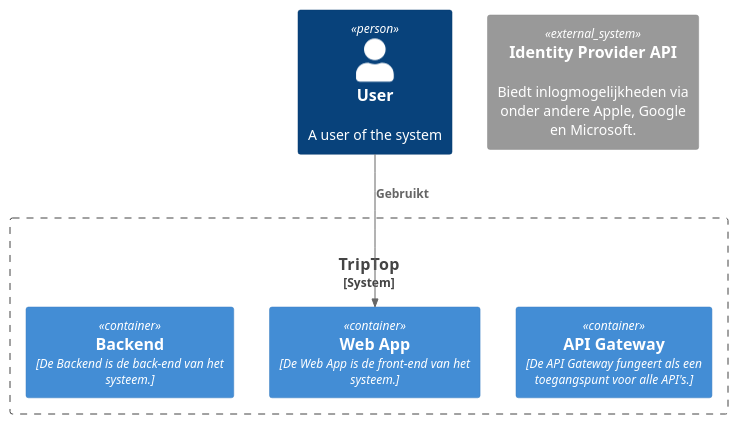
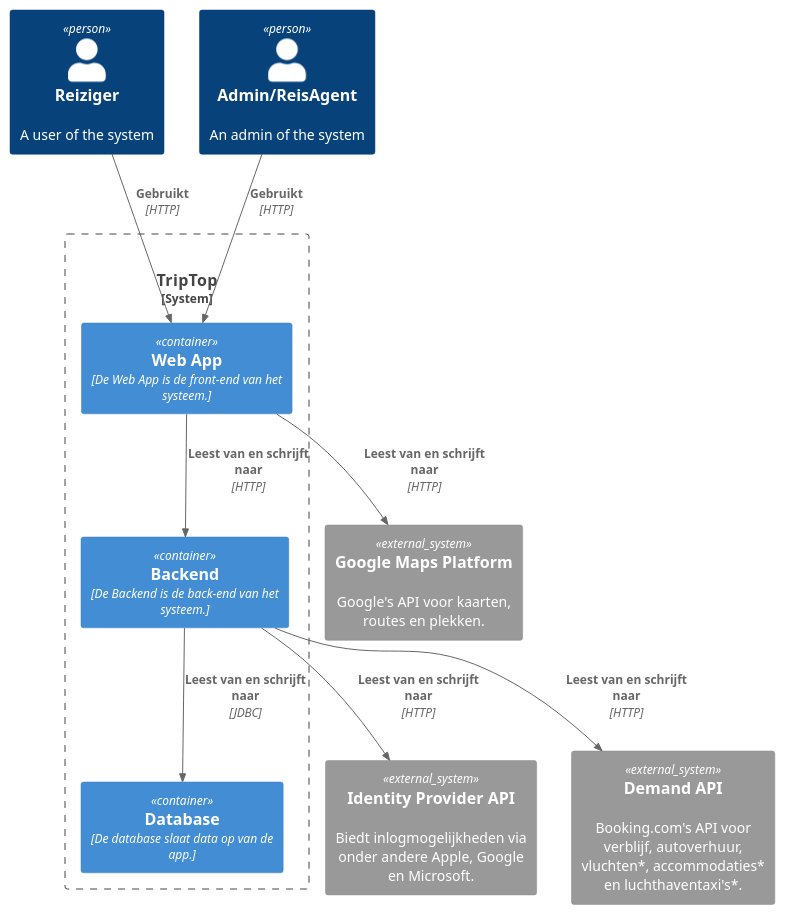
Before and after one commit to AIM-ENE-feb25/triptop-groep-b2: the diagram in ContainterDiagramTripTop.puml, drawn with PlantUML.

Commit message:
TripTopContainterDiagram

```diff
--- a/ContainterDiagramTripTop.puml
+++ b/ContainterDiagramTripTop.puml
@@ -1,27 +1,36 @@
 @startuml C4_Elements
 !include https://raw.githubusercontent.com/plantuml-stdlib/C4-PlantUML/master/C4_Container.puml
 !include <C4/C4>
 !include <C4/C4_Context>
 !include <C4/C4_Container>
 
 top to bottom direction
-Person(user, "User", "A user of the system")
+Person(user, "Reiziger", "A user of the system")
+Person(admin, "Admin/ReisAgent", "An admin of the system")
+
 System_Boundary("boundary", "TripTop") {
-Container(ApiGateway, "API Gateway", "De API Gateway fungeert als een toegangspunt voor alle API's.")
 Container(WebApp, "Web App", "De Web App is de front-end van het systeem.")
 Container(Backend, "Backend", "De Backend is de back-end van het systeem.")
-
+Container(DB, "Database", "De database slaat data op van de app.")
 }
 
 System_Ext(identity_provider_api, "Identity Provider API", "Biedt inlogmogelijkheden via onder andere Apple, Google en Microsoft.", $link="https://developer.okta.com/docs/api/openapi/okta-management/management/tag/IdentityProvider/")
-'System_Ext(demand_api, "Demand API", "Booking.com's API voor verblijf, autoverhuur, vluchten*, accommodaties* en luchthaventaxi's*.", $link="https://developers.booking.com/demand/docs/open-api/demand-api")
+System_Ext(demand_api, "Demand API", "Booking.com's API voor verblijf, autoverhuur, vluchten*, accommodaties* en luchthaventaxi's*.", $link="https://developers.booking.com/demand/docs/open-api/demand-api")
+System_Ext(google_maps_api, "Google Maps Platform", "Google's API voor kaarten, routes en plekken.", $link="https://developers.google.com/maps")
 'System_Ext(mollie_api, "Mollie API", "Eén platform voor betalingen via onder andere Klarna, iDEAL, Apple Pay en PayPal.", $link="https://www.mollie.com/nl/")
-'System_Ext(google_maps_api, "Google Maps Platform", "Google's API voor kaarten, routes en plekken.", $link="https://developers.google.com/maps")
 'System_Ext(all_aboard_api, "The API", "Biedt boek- en beheermogelijkheden voor treinreizen binnen Europa.", $link="https://allaboard.eu/api-solution")
 'System_Ext(flight_api, "FlightAPI", "Biedt vluchtprijzen, vluchttijden en vluchtlocaties wereldwijd.", $link="https://www.flightapi.io/")
 'System_Ext(grubhub_api, "Grubhub", "Biedt bezorg en afhaalmogelijkheid voor eten en drinken bij diverse restaurants.", $link="https://www.grubhub.com/")
 
-Rel(user, "WebApp", "Gebruikt")
+
+
+Rel(user, "WebApp", "Gebruikt" , HTTP )
+Rel(admin, "WebApp", "Gebruikt" , HTTP )
+Rel(WebApp, "Backend", "Leest van en schrijft naar" , HTTP )
+Rel(Backend, "identity_provider_api", "Leest van en schrijft naar" , HTTP )
+Rel(Backend , DB, "Leest van en schrijft naar" , JDBC )
+Rel(Backend, "demand_api", "Leest van en schrijft naar" , HTTP )
+Rel("WebApp", "google_maps_api", "Leest van en schrijft naar" , HTTP )
 
 
 @enduml
```
